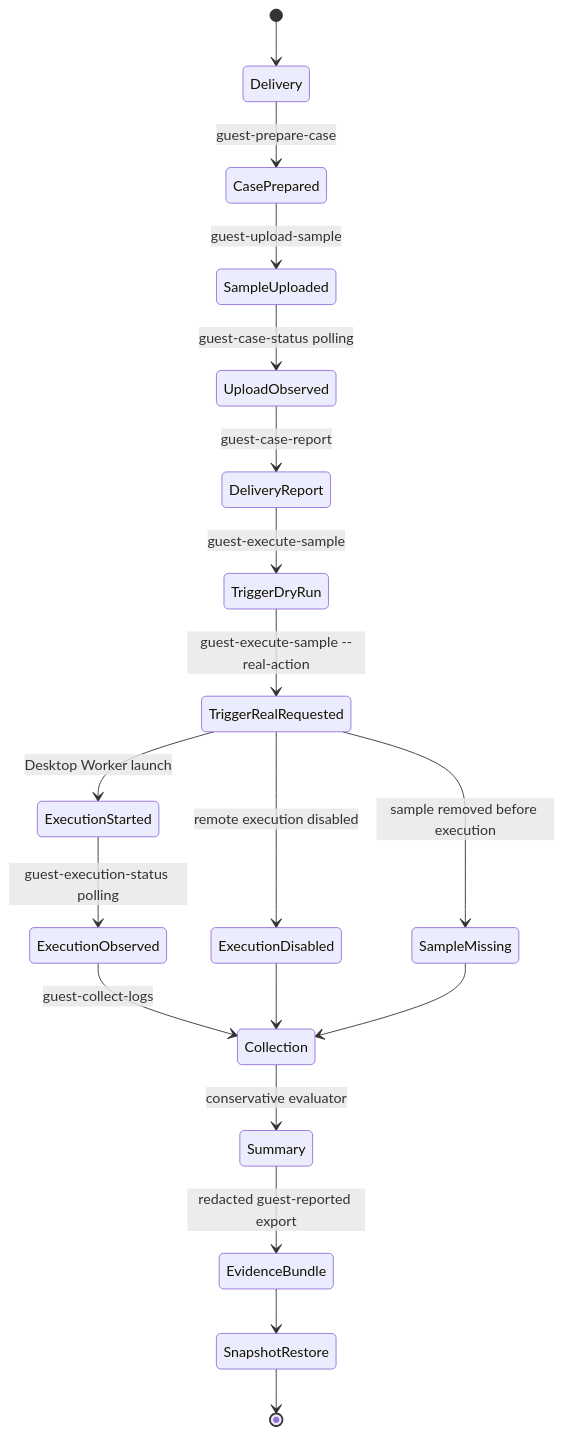
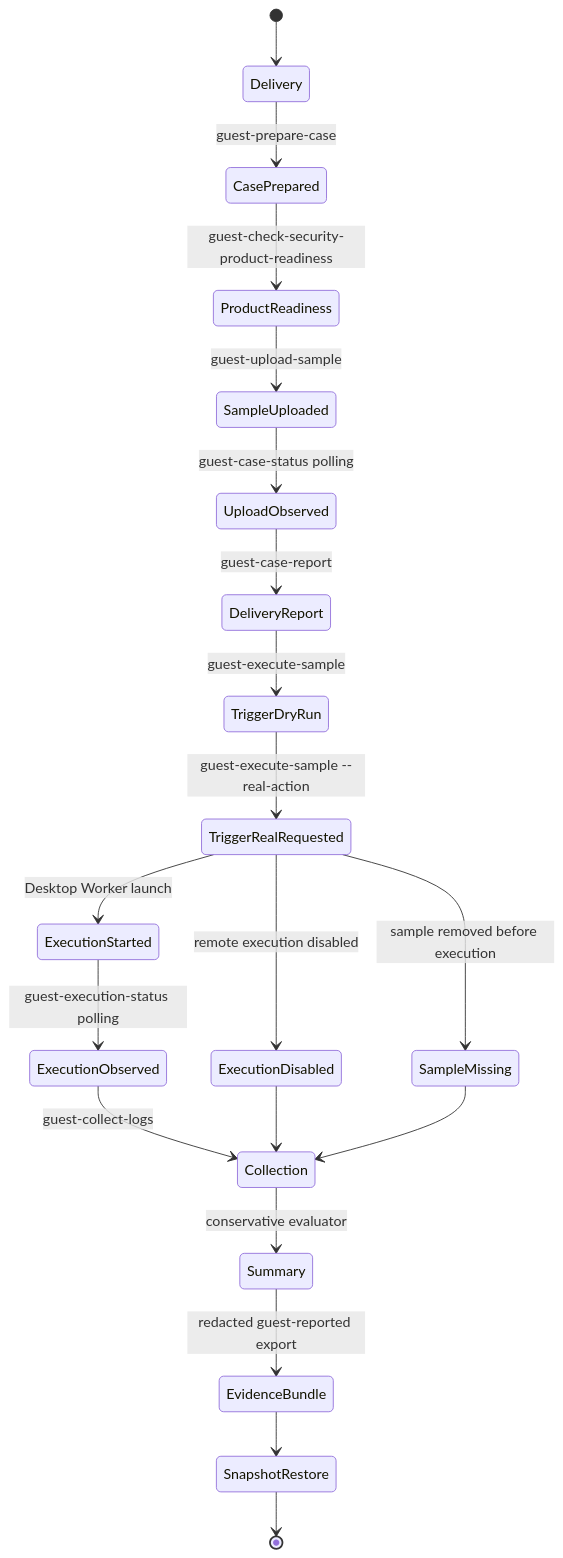
Before and after one commit to ParleStargazer/Cloud-AV-Agent-Lab: the second of 2 diagrams in docs/ARCHITECTURE.md, drawn with Mermaid. The commit also changed other lines of this file and 18 other files, not shown here.

Commit message:
Add security product readiness MVP

````diff
--- a/docs/ARCHITECTURE.md
+++ b/docs/ARCHITECTURE.md
@@ -31,23 +31,24 @@
 ```mermaid
 stateDiagram-v2
     [*] --> Delivery
     Delivery --> CasePrepared: guest-prepare-case
-    CasePrepared --> SampleUploaded: guest-upload-sample
+    CasePrepared --> ProductReadiness: guest-check-security-product-readiness
+    ProductReadiness --> SampleUploaded: guest-upload-sample
     SampleUploaded --> UploadObserved: guest-case-status polling
     UploadObserved --> DeliveryReport: guest-case-report
 
     DeliveryReport --> TriggerDryRun: guest-execute-sample
     TriggerDryRun --> TriggerRealRequested: guest-execute-sample --real-action
     TriggerRealRequested --> ExecutionDisabled: remote execution disabled
     TriggerRealRequested --> SampleMissing: sample removed before execution
     TriggerRealRequested --> ExecutionStarted: Desktop Worker launch
 
     ExecutionStarted --> ExecutionObserved: guest-execution-status polling
     ExecutionObserved --> Collection: guest-collect-logs
     ExecutionDisabled --> Collection
     SampleMissing --> Collection
     Collection --> Summary: conservative evaluator
     Summary --> EvidenceBundle: redacted guest-reported export
     EvidenceBundle --> SnapshotRestore
     SnapshotRestore --> [*]
 ```
````
